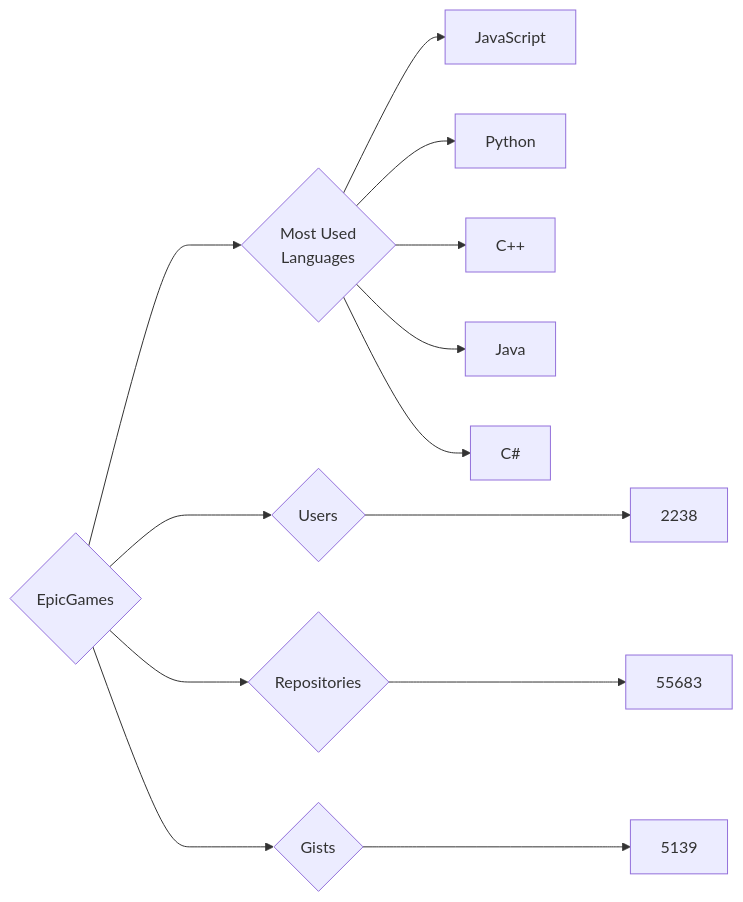
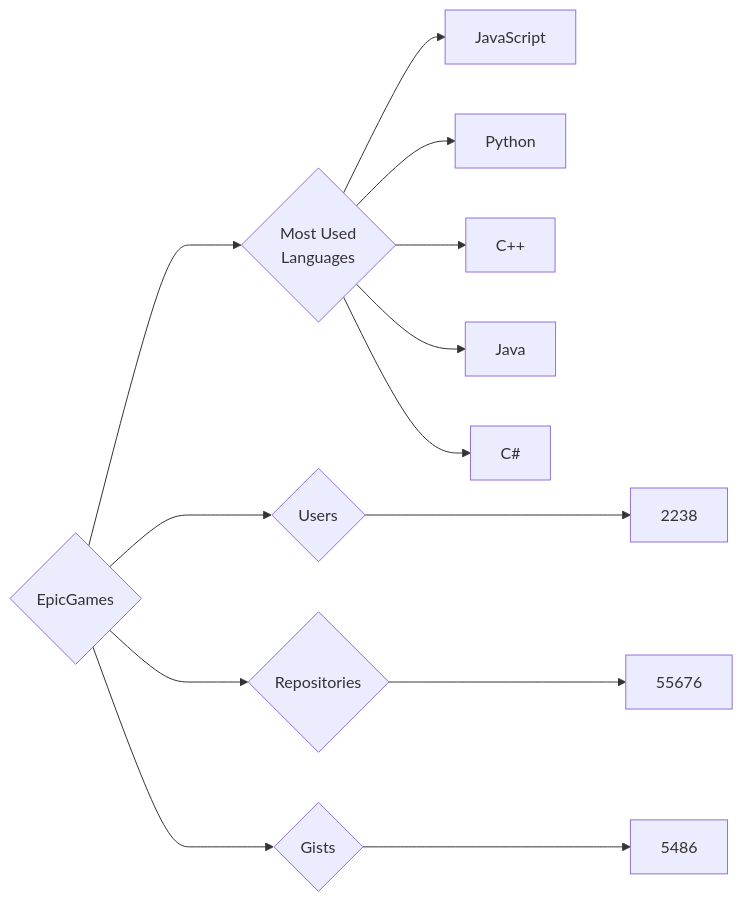
One commit to trickest/insiders changed the diagram in targets/EpicGames/README.md. Above: the diagram before and after it, drawn with Mermaid. The commit also changed 995 other files, not shown here.

````diff
--- a/targets/EpicGames/README.md
+++ b/targets/EpicGames/README.md
@@ -3,13 +3,13 @@
 ```mermaid
 graph LR
 COMPANY_NAME{EpicGames}
 COMPANY_NAME ---> U{Users} ---> UN[2238]
-COMPANY_NAME ---> R{Repositories} ---> RN[55683]
-COMPANY_NAME ---> G{Gists} ---> GN[5139]
+COMPANY_NAME ---> R{Repositories} ---> RN[55676]
+COMPANY_NAME ---> G{Gists} ---> GN[5486]
 COMPANY_NAME ---> ML{Most Used<br>Languages}
 ML --> JavaScript[JavaScript]
 ML --> Python[Python]
 ML --> C++[C++]
 ML --> Java[Java]
 ML --> C#[C#]
 ```
````
